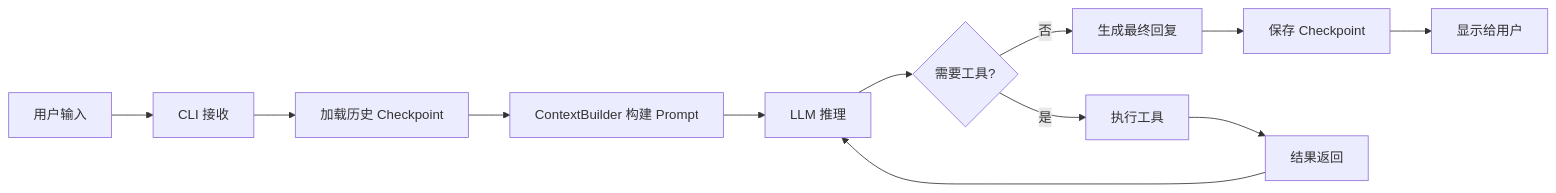
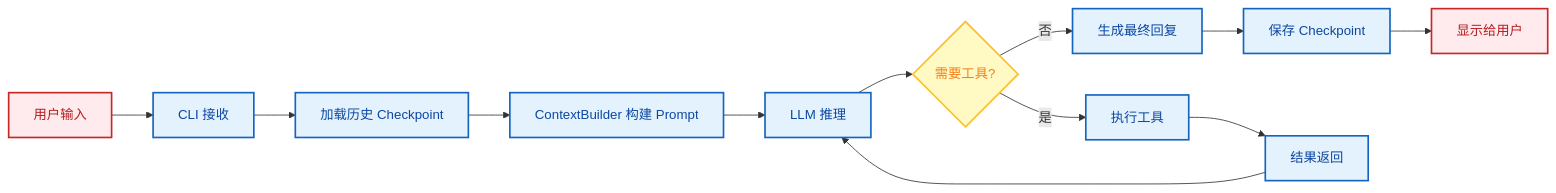
Before and after one commit to xt765/FinchBot: the tenth of 10 diagrams in docs/zh-CN/architecture.md, drawn with Mermaid. The commit also changed other lines of this file and 17 other files, not shown here.

First line of the commit message:
docs: 全面更新所有文档，美化 Mermaid 图表

````diff
--- a/docs/zh-CN/architecture.md
+++ b/docs/zh-CN/architecture.md
@@ -487,14 +865,19 @@
 ```mermaid
 flowchart LR
-    A[用户输入] --> B[CLI 接收]
-    B --> C[加载历史 Checkpoint]
-    C --> D[ContextBuilder 构建 Prompt]
-    D --> E[LLM 推理]
-    E --> F{需要工具?}
-    F -->|否| G[生成最终回复]
-    F -->|是| H[执行工具]
-    H --> I[结果返回]
+    %% 样式定义
+    classDef startEnd fill:#ffebee,stroke:#c62828,stroke-width:2px,color:#b71c1c;
+    classDef process fill:#e3f2fd,stroke:#1565c0,stroke-width:2px,color:#0d47a1;
+    classDef decision fill:#fff9c4,stroke:#fbc02d,stroke-width:2px,color:#f57f17;
+
+    A[用户输入]:::startEnd --> B[CLI 接收]:::process
+    B --> C[加载历史 Checkpoint]:::process
+    C --> D[ContextBuilder 构建 Prompt]:::process
+    D --> E[LLM 推理]:::process
+    E --> F{需要工具?}:::decision
+    F -->|否| G[生成最终回复]:::process
+    F -->|是| H[执行工具]:::process
+    H --> I[结果返回]:::process
     I --> E
-    G --> J[保存 Checkpoint]
-    J --> K[显示给用户]
+    G --> J[保存 Checkpoint]:::process
+    J --> K[显示给用户]:::startEnd
 ```
````
